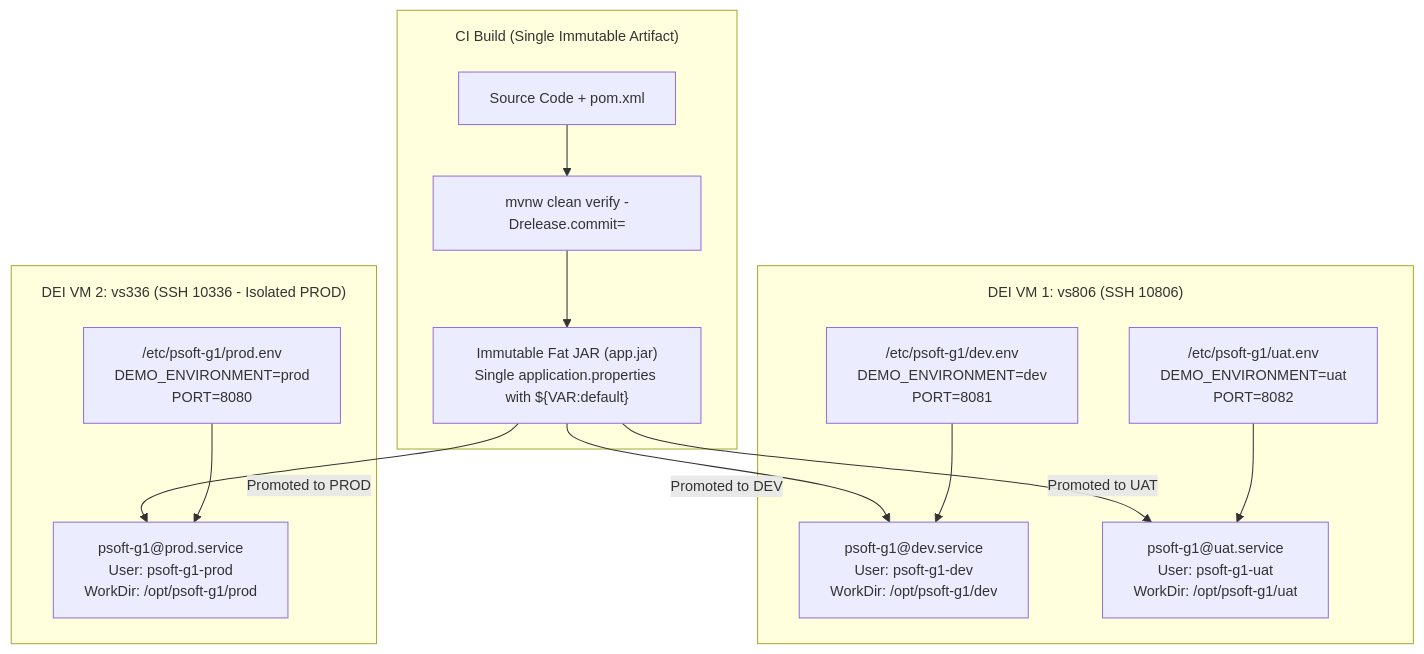
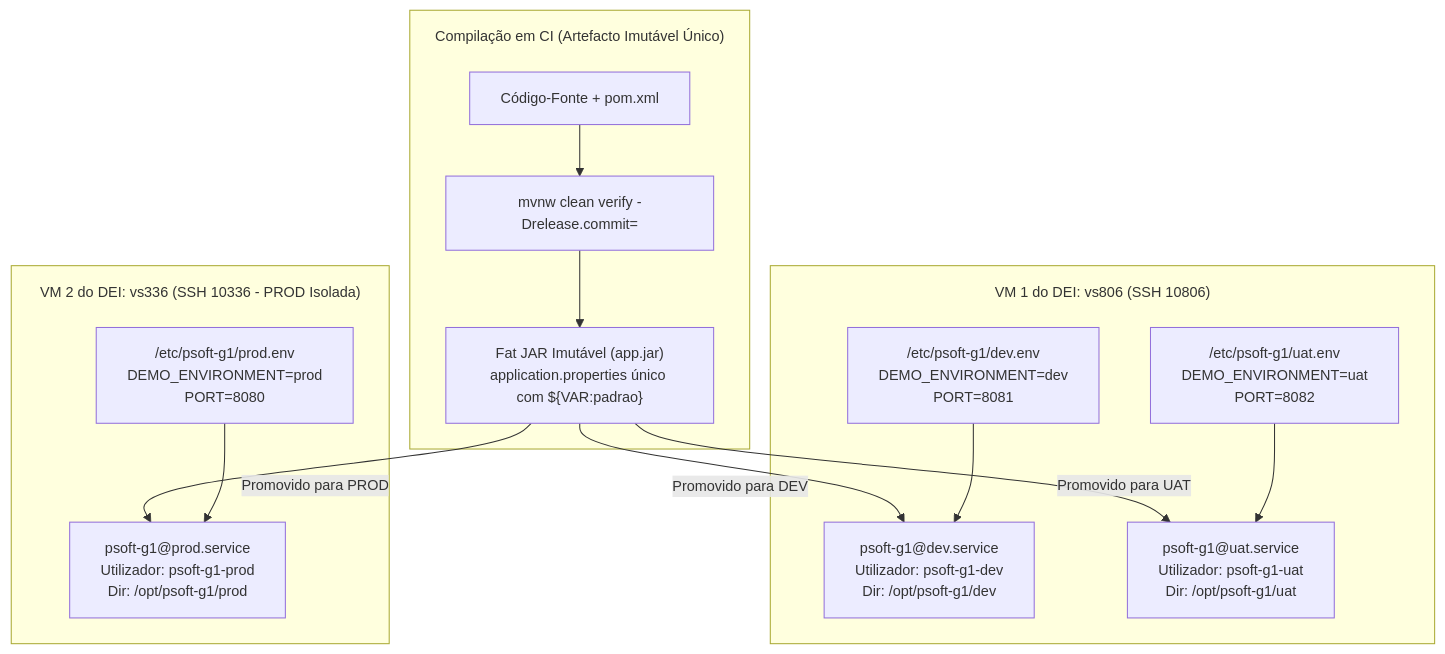
One commit to RafaelBrandao04/psoft-project-2026-1 changed the diagram in Docs/ODSOFT/deployment/containerization-and-multi-environment.md. Above: the diagram before and after it, drawn with Mermaid. The commit also changed other lines of this file and 11 other files, not shown here.

````diff
--- a/Docs/ODSOFT/deployment/containerization-and-multi-environment.md
+++ b/Docs/ODSOFT/deployment/containerization-and-multi-environment.md
@@ -26,21 +26,21 @@
 ```mermaid
 %%{init: {'themeVariables': { 'fontSize': '14px' }, 'flowchart': { 'subGraphTitleMargin': { 'top': 15, 'bottom': 20 } } } }%%
 flowchart TD
-    subgraph CI["CI Build (Single Immutable Artifact)"]
-        SRC["Source Code + pom.xml"] --> MVN["mvnw clean verify -Drelease.commit=<SHA>"]
-        MVN --> JAR["Immutable Fat JAR (app.jar)<br/>Single application.properties with ${VAR:default}"]
+    subgraph CI["Compilação em CI (Artefacto Imutável Único)"]
+        SRC["Código-Fonte + pom.xml"] --> MVN["mvnw clean verify -Drelease.commit=<SHA>"]
+        MVN --> JAR["Fat JAR Imutável (app.jar)<br/>application.properties único com ${VAR:padrao}"]
     end
 
-    subgraph VM1["DEI VM 1: vs806 (SSH 10806)"]
-        ENV_DEV["/etc/psoft-g1/dev.env<br/>DEMO_ENVIRONMENT=dev<br/>PORT=8081"] --> SVC_DEV["psoft-g1@dev.service<br/>User: psoft-g1-dev<br/>WorkDir: /opt/psoft-g1/dev"]
-        ENV_UAT["/etc/psoft-g1/uat.env<br/>DEMO_ENVIRONMENT=uat<br/>PORT=8082"] --> SVC_UAT["psoft-g1@uat.service<br/>User: psoft-g1-uat<br/>WorkDir: /opt/psoft-g1/uat"]
+    subgraph VM1["VM 1 do DEI: vs806 (SSH 10806)"]
+        ENV_DEV["/etc/psoft-g1/dev.env<br/>DEMO_ENVIRONMENT=dev<br/>PORT=8081"] --> SVC_DEV["psoft-g1@dev.service<br/>Utilizador: psoft-g1-dev<br/>Dir: /opt/psoft-g1/dev"]
+        ENV_UAT["/etc/psoft-g1/uat.env<br/>DEMO_ENVIRONMENT=uat<br/>PORT=8082"] --> SVC_UAT["psoft-g1@uat.service<br/>Utilizador: psoft-g1-uat<br/>Dir: /opt/psoft-g1/uat"]
     end
 
-    subgraph VM2["DEI VM 2: vs336 (SSH 10336 - Isolated PROD)"]
-        ENV_PROD["/etc/psoft-g1/prod.env<br/>DEMO_ENVIRONMENT=prod<br/>PORT=8080"] --> SVC_PROD["psoft-g1@prod.service<br/>User: psoft-g1-prod<br/>WorkDir: /opt/psoft-g1/prod"]
+    subgraph VM2["VM 2 do DEI: vs336 (SSH 10336 - PROD Isolada)"]
+        ENV_PROD["/etc/psoft-g1/prod.env<br/>DEMO_ENVIRONMENT=prod<br/>PORT=8080"] --> SVC_PROD["psoft-g1@prod.service<br/>Utilizador: psoft-g1-prod<br/>Dir: /opt/psoft-g1/prod"]
     end
 
-    JAR -->|Promoted to DEV| SVC_DEV
-    JAR -->|Promoted to UAT| SVC_UAT
-    JAR -->|Promoted to PROD| SVC_PROD
+    JAR -->|Promovido para DEV| SVC_DEV
+    JAR -->|Promovido para UAT| SVC_UAT
+    JAR -->|Promovido para PROD| SVC_PROD
 ```
````
